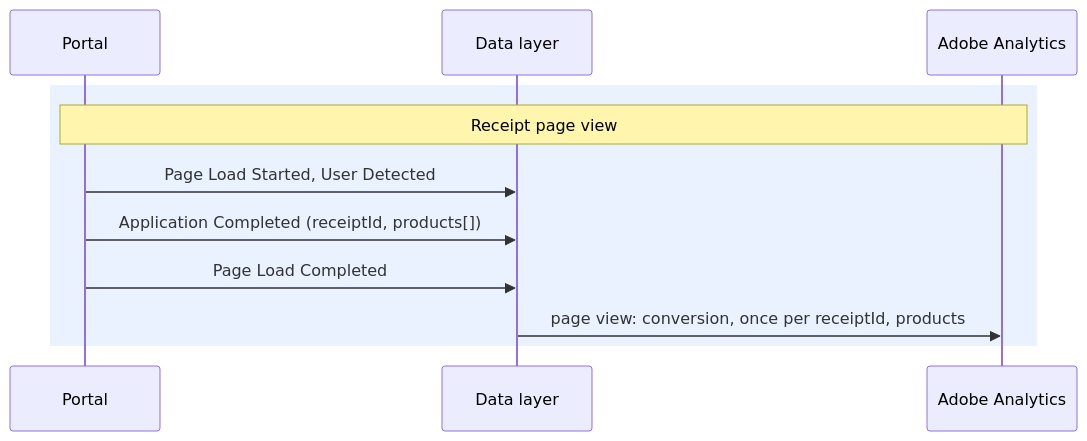
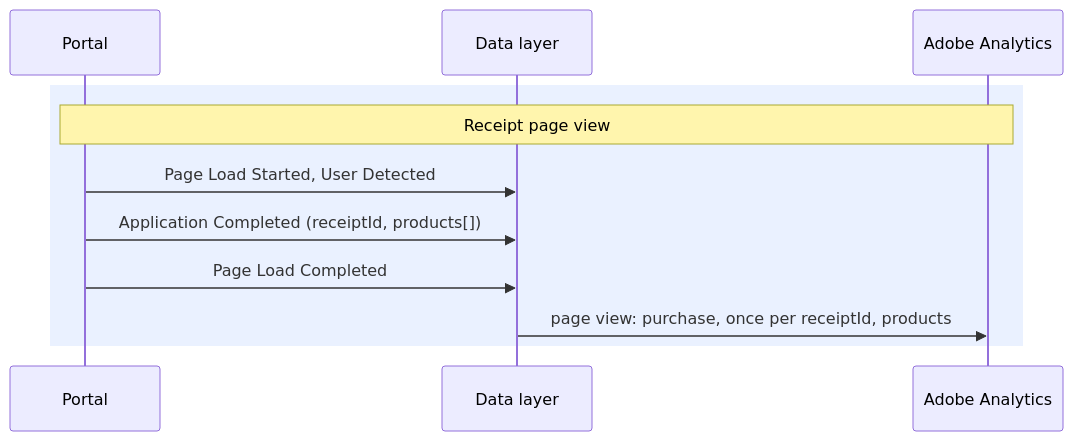
The diagram in events/application-completed.md (further-external/client-nyl-gmad-dl-spec), drawn with Mermaid before and after one commit. The commit also changed other lines of this file and 15 other files, not shown here.

````diff
--- a/events/application-completed.md
+++ b/events/application-completed.md
@@ -56,13 +60,13 @@
 ```mermaid
 sequenceDiagram
   participant UI as Portal
   participant DL as Data layer
   participant AA as Adobe Analytics
   rect rgba(80,140,255,0.12)
     Note over UI,AA: Receipt page view
     UI->>DL: Page Load Started, User Detected
     UI->>DL: Application Completed (receiptId, products[])
     UI->>DL: Page Load Completed
-    DL->>AA: page view: conversion, once per receiptId, products
+    DL->>AA: page view: purchase, once per receiptId, products
   end
 ```
````
